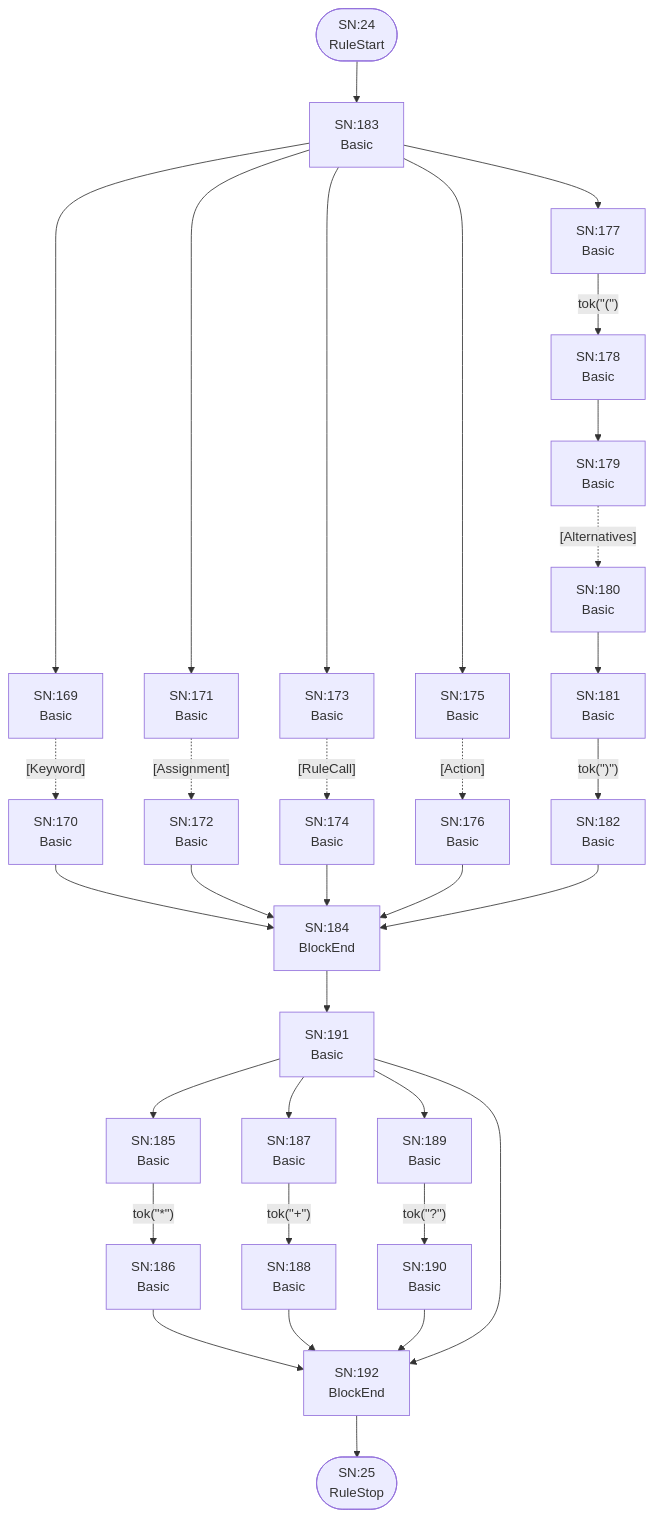
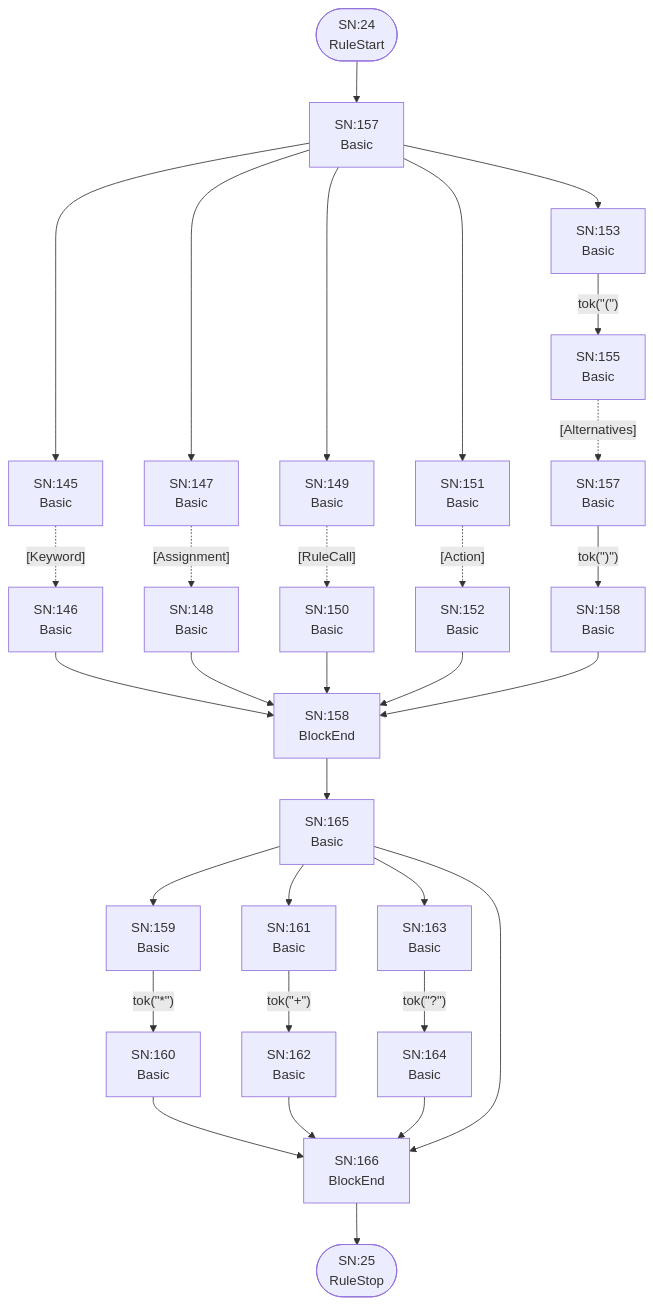
Diagram 13 of 25 in internal/grammar/atn.md (TypeFox/fastbelt), drawn with Mermaid before and after one commit. The commit also changed other lines of this file and 4 other files, not shown here.

````diff
--- a/internal/grammar/atn.md
+++ b/internal/grammar/atn.md
@@ -382,62 +334,58 @@
 ```mermaid
 flowchart TD
     q24(["SN:24<br/>RuleStart"])
     q25(["SN:25<br/>RuleStop"])
-    q169["SN:169<br/>Basic<br/>"]
-    q170["SN:170<br/>Basic<br/>"]
-    q171["SN:171<br/>Basic<br/>"]
-    q172["SN:172<br/>Basic<br/>"]
-    q173["SN:173<br/>Basic<br/>"]
-    q174["SN:174<br/>Basic<br/>"]
-    q175["SN:175<br/>Basic<br/>"]
-    q176["SN:176<br/>Basic<br/>"]
-    q177["SN:177<br/>Basic<br/>"]
-    q178["SN:178<br/>Basic<br/>"]
-    q179["SN:179<br/>Basic<br/>"]
-    q180["SN:180<br/>Basic<br/>"]
-    q181["SN:181<br/>Basic<br/>"]
-    q182["SN:182<br/>Basic<br/>"]
-    q183["SN:183<br/>Basic<br/>"]
-    q184["SN:184<br/>BlockEnd<br/>"]
-    q185["SN:185<br/>Basic<br/>"]
-    q186["SN:186<br/>Basic<br/>"]
-    q187["SN:187<br/>Basic<br/>"]
-    q188["SN:188<br/>Basic<br/>"]
-    q189["SN:189<br/>Basic<br/>"]
-    q190["SN:190<br/>Basic<br/>"]
-    q191["SN:191<br/>Basic<br/>"]
-    q192["SN:192<br/>BlockEnd<br/>"]
+    q145["SN:145<br/>Basic<br/>"]
+    q146["SN:146<br/>Basic<br/>"]
+    q147["SN:147<br/>Basic<br/>"]
+    q148["SN:148<br/>Basic<br/>"]
+    q149["SN:149<br/>Basic<br/>"]
+    q150["SN:150<br/>Basic<br/>"]
+    q151["SN:151<br/>Basic<br/>"]
+    q152["SN:152<br/>Basic<br/>"]
+    q153["SN:153<br/>Basic<br/>"]
+    q154["SN:155<br/>Basic<br/>"]
+    q155["SN:157<br/>Basic<br/>"]
+    q156["SN:158<br/>Basic<br/>"]
+    q157["SN:157<br/>Basic<br/>"]
+    q158["SN:158<br/>BlockEnd<br/>"]
+    q159["SN:159<br/>Basic<br/>"]
+    q160["SN:160<br/>Basic<br/>"]
+    q161["SN:161<br/>Basic<br/>"]
+    q162["SN:162<br/>Basic<br/>"]
+    q163["SN:163<br/>Basic<br/>"]
+    q164["SN:164<br/>Basic<br/>"]
+    q165["SN:165<br/>Basic<br/>"]
+    q166["SN:166<br/>BlockEnd<br/>"]
 
-    q24 --> q183
-    q169 -.->|"[Keyword]"| q170
-    q170 --> q184
-    q171 -.->|"[Assignment]"| q172
-    q172 --> q184
-    q173 -.->|"[RuleCall]"| q174
-    q174 --> q184
-    q175 -.->|"[Action]"| q176
-    q176 --> q184
-    q177 -->|"tok(&quot;(&quot;)"| q178
-    q178 --> q179
-    q179 -.->|"[Alternatives]"| q180
-    q180 --> q181
-    q181 -->|"tok(&quot;)&quot;)"| q182
-    q182 --> q184
-    q183 --> q169
-    q183 --> q171
-    q183 --> q173
-    q183 --> q175
-    q183 --> q177
-    q184 --> q191
-    q185 -->|"tok(&quot;*&quot;)"| q186
-    q186 --> q192
-    q187 -->|"tok(&quot;+&quot;)"| q188
-    q188 --> q192
-    q189 -->|"tok(&quot;?&quot;)"| q190
-    q190 --> q192
-    q191 --> q185
-    q191 --> q187
-    q191 --> q189
-    q191 --> q192
-    q192 --> q25
+    q24 --> q157
+    q145 -.->|"[Keyword]"| q146
+    q146 --> q158
+    q147 -.->|"[Assignment]"| q148
+    q148 --> q158
+    q149 -.->|"[RuleCall]"| q150
+    q150 --> q158
+    q151 -.->|"[Action]"| q152
+    q152 --> q158
+    q153 -->|"tok(&quot;(&quot;)"| q154
+    q154 -.->|"[Alternatives]"| q155
+    q155 -->|"tok(&quot;)&quot;)"| q156
+    q156 --> q158
+    q157 --> q145
+    q157 --> q147
+    q157 --> q149
+    q157 --> q151
+    q157 --> q153
+    q158 --> q165
+    q159 -->|"tok(&quot;*&quot;)"| q160
+    q160 --> q166
+    q161 -->|"tok(&quot;+&quot;)"| q162
+    q162 --> q166
+    q163 -->|"tok(&quot;?&quot;)"| q164
+    q164 --> q166
+    q165 --> q159
+    q165 --> q161
+    q165 --> q163
+    q165 --> q166
+    q166 --> q25
 ```
````
